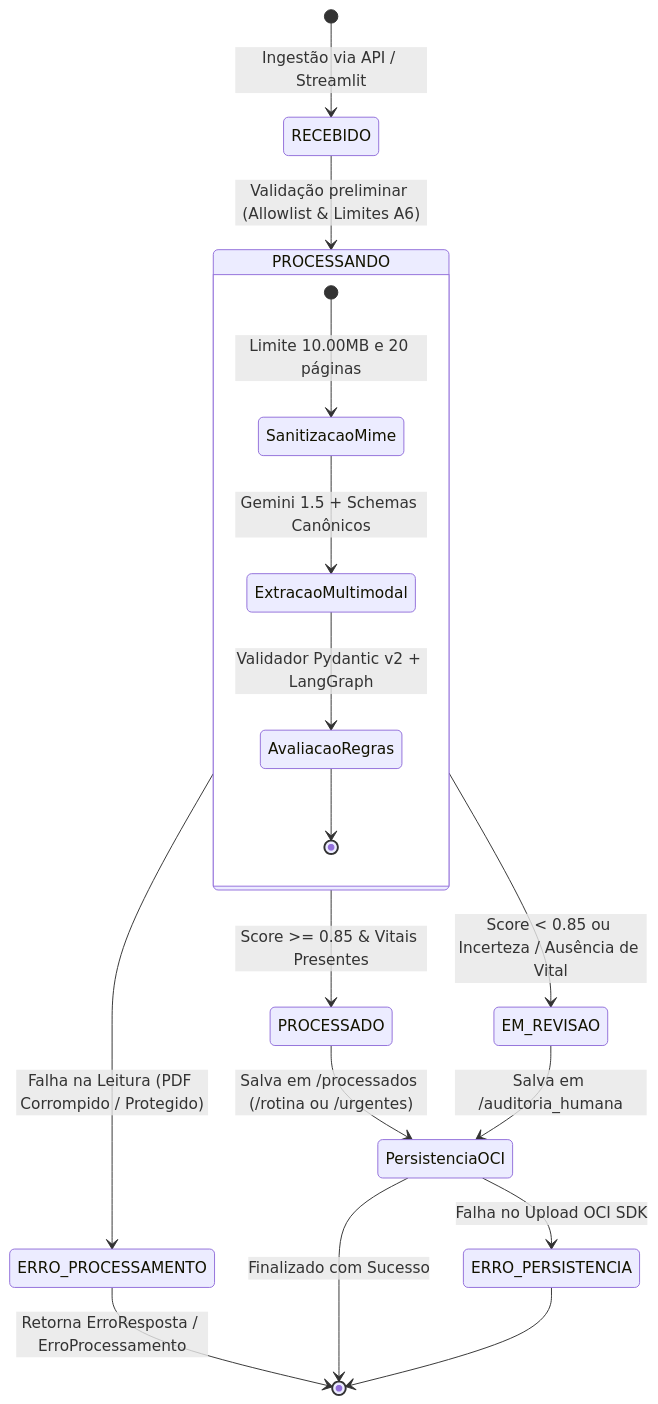
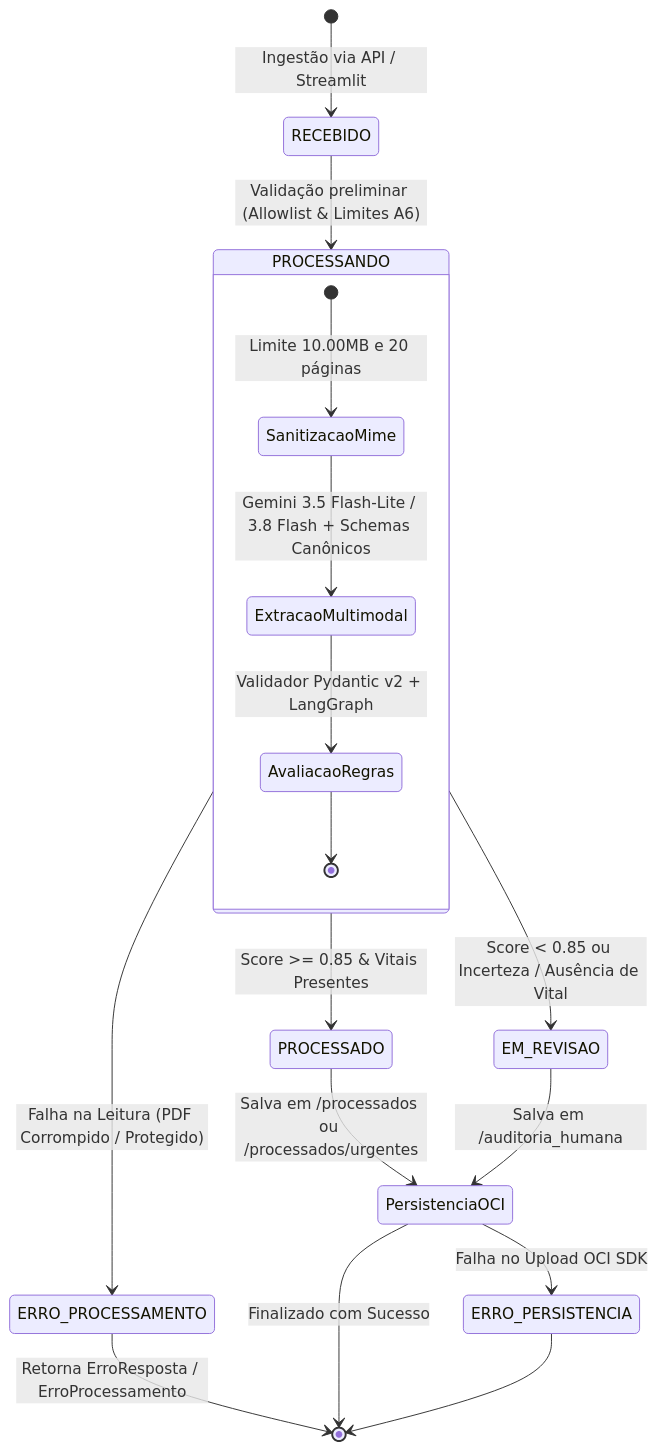
Before and after one commit to No-Country-simulation/g10-brasil-equipe-15_mediflow: the third of 6 diagrams in docs/testes/VISUAL_SCHEMAS.md, drawn with Mermaid. The commit also changed other lines of this file and 5 other files, not shown here.

````diff
--- a/docs/testes/VISUAL_SCHEMAS.md
+++ b/docs/testes/VISUAL_SCHEMAS.md
@@ -198,24 +200,24 @@
 ```mermaid
 stateDiagram-v2
     [*] --> RECEBIDO: Ingestão via API / Streamlit
     RECEBIDO --> PROCESSANDO: Validação preliminar (Allowlist & Limites A6)
     
     state PROCESSANDO {
         [*] --> SanitizacaoMime: Limite 10.00MB e 20 páginas
-        SanitizacaoMime --> ExtracaoMultimodal: Gemini 1.5 + Schemas Canônicos
+        SanitizacaoMime --> ExtracaoMultimodal: Gemini 3.5 Flash-Lite / 3.8 Flash + Schemas Canônicos
         ExtracaoMultimodal --> AvaliacaoRegras: Validador Pydantic v2 + LangGraph
         AvaliacaoRegras --> [*]
     }
 
     PROCESSANDO --> PROCESSADO: Score >= 0.85 & Vitais Presentes
     PROCESSANDO --> EM_REVISAO: Score < 0.85 ou Incerteza / Ausência de Vital
     PROCESSANDO --> ERRO_PROCESSAMENTO: Falha na Leitura (PDF Corrompido / Protegido)
     
-    PROCESSADO --> PersistenciaOCI: Salva em /processados (/rotina ou /urgentes)
+    PROCESSADO --> PersistenciaOCI: Salva em /processados ou /processados/urgentes
     EM_REVISAO --> PersistenciaOCI: Salva em /auditoria_humana
     ERRO_PROCESSAMENTO --> [*]: Retorna ErroResposta / ErroProcessamento
 
     PersistenciaOCI --> [*]: Finalizado com Sucesso
     PersistenciaOCI --> ERRO_PERSISTENCIA: Falha no Upload OCI SDK
     ERRO_PERSISTENCIA --> [*]
 ```
````
